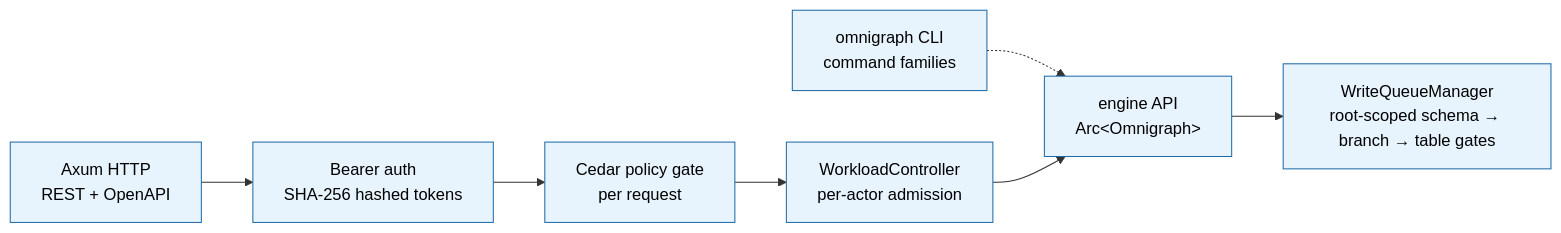
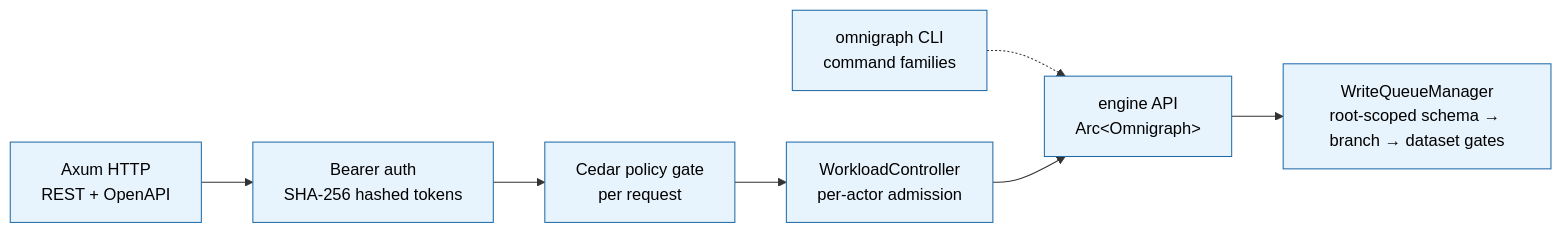
Before and after one commit to ModernRelay/omnigraph: the seventh of 7 diagrams in docs/dev/architecture.md, drawn with Mermaid. The commit also changed other lines of this file and 131 other files, not shown here.

Commit message:
refactor(vocabulary): remove legacy graph contract aliases

````diff
--- a/docs/dev/architecture.md
+++ b/docs/dev/architecture.md
@@ -323,16 +323,16 @@
 ```mermaid
 flowchart LR
     classDef l2 fill:#e8f4fd,stroke:#1e6aa8,color:#000
 
     cli[omnigraph CLI<br/>command families]:::l2
     srv_in[Axum HTTP<br/>REST + OpenAPI]:::l2
     auth[Bearer auth<br/>SHA-256 hashed tokens]:::l2
     pol[Cedar policy gate<br/>per request]:::l2
     wl[WorkloadController<br/>per-actor admission]:::l2
     eng[engine API<br/>Arc&lt;Omnigraph&gt;]:::l2
-    wq[WriteQueueManager<br/>root-scoped schema → branch → table gates]:::l2
+    wq[WriteQueueManager<br/>root-scoped schema → branch → dataset gates]:::l2
 
     cli -.-> eng
     srv_in --> auth --> pol --> wl --> eng
     eng --> wq
 ```
````
